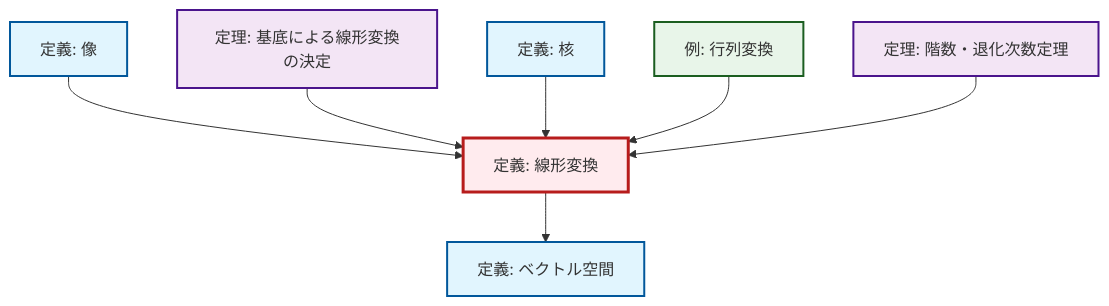
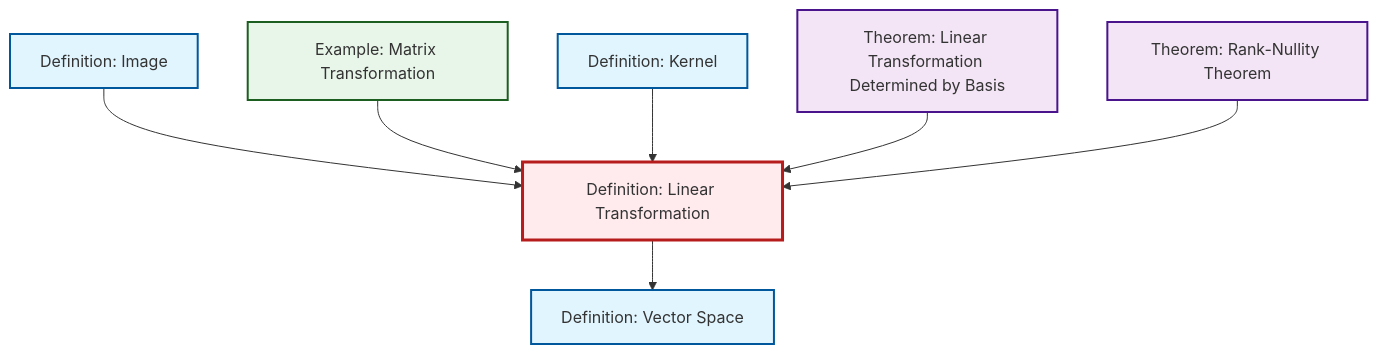
Before and after one commit to RK0429/ModernMath: the diagram in content/ja/algebra/def-linear-transformation.qmd, drawn with Mermaid. The commit also changed 203 other files, not shown here.

````diff
--- a/content/ja/algebra/def-linear-transformation.qmd
+++ b/content/ja/algebra/def-linear-transformation.qmd
@@ -46,30 +46,23 @@
 ```{mermaid}
-%%| fig-cap: "ローカル依存関係グラフ"
+%%| fig-cap: "Local dependency graph"
 graph TD
     classDef definition fill:#e1f5fe,stroke:#01579b,stroke-width:2px
     classDef theorem fill:#f3e5f5,stroke:#4a148c,stroke-width:2px
     classDef axiom fill:#fff3e0,stroke:#e65100,stroke-width:2px
     classDef example fill:#e8f5e9,stroke:#1b5e20,stroke-width:2px
     classDef current fill:#ffebee,stroke:#b71c1c,stroke-width:3px
-    thm-rank-nullity["定理: 階数・退化次数定理"]:::theorem
-    def-image["定義: 像"]:::definition
-    ex-matrix-transformation["例: 行列変換"]:::example
-    def-linear-transformation["定義: 線形変換"]:::definition
-    thm-linear-transformation-basis["定理: 基底による線形変換の決定"]:::theorem
-    def-vector-space["定義: ベクトル空間"]:::definition
-    def-kernel["定義: 核"]:::definition
+    def-kernel["Definition: Kernel"]:::definition
+    def-linear-transformation["Definition: Linear Transformation"]:::definition
+    thm-linear-transformation-basis["Theorem: Linear Transformation Determined by Basis"]:::theorem
+    thm-rank-nullity["Theorem: Rank-Nullity Theorem"]:::theorem
+    ex-matrix-transformation["Example: Matrix Transformation"]:::example
+    def-vector-space["Definition: Vector Space"]:::definition
+    def-image["Definition: Image"]:::definition
     def-image --> def-linear-transformation
+    ex-matrix-transformation --> def-linear-transformation
+    def-kernel --> def-linear-transformation
     thm-linear-transformation-basis --> def-linear-transformation
+    thm-rank-nullity --> def-linear-transformation
     def-linear-transformation --> def-vector-space
-    def-kernel --> def-linear-transformation
-    ex-matrix-transformation --> def-linear-transformation
-    thm-rank-nullity --> def-linear-transformation
     class def-linear-transformation current
-
-    click thm-rank-nullity "thm-rank-nullity.html" "Go to 定理: 階数・退化次数定理"
-    click def-image "def-image.html" "Go to 定義: 像"
-    click ex-matrix-transformation "ex-matrix-transformation.html" "Go to 例: 行列変換"
-    click thm-linear-transformation-basis "thm-linear-transformation-basis.html" "Go to 定理: 基底による線形変換の決定"
-    click def-vector-space "def-vector-space.html" "Go to 定義: ベクトル空間"
-    click def-kernel "def-kernel.html" "Go to 定義: 核"
 ```
````
